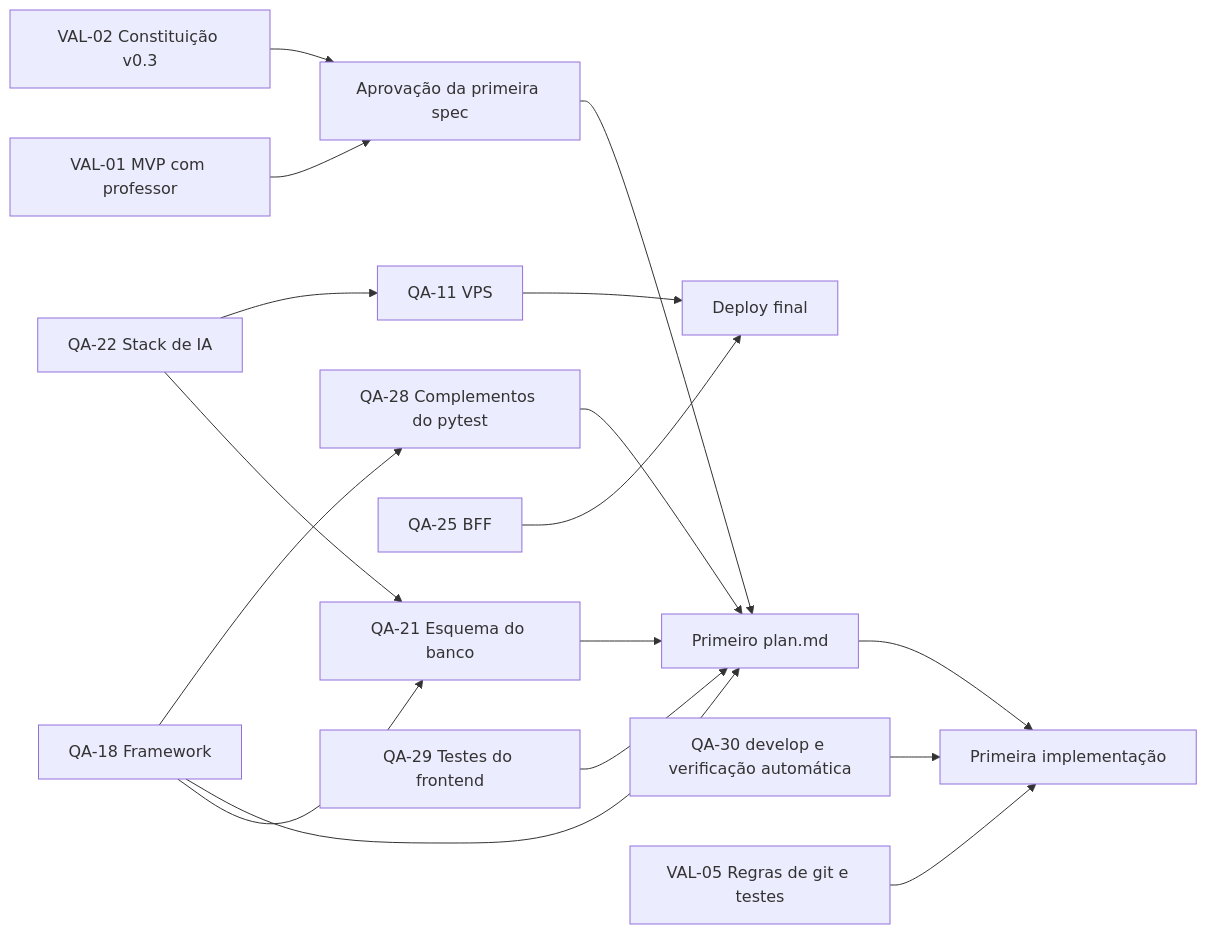
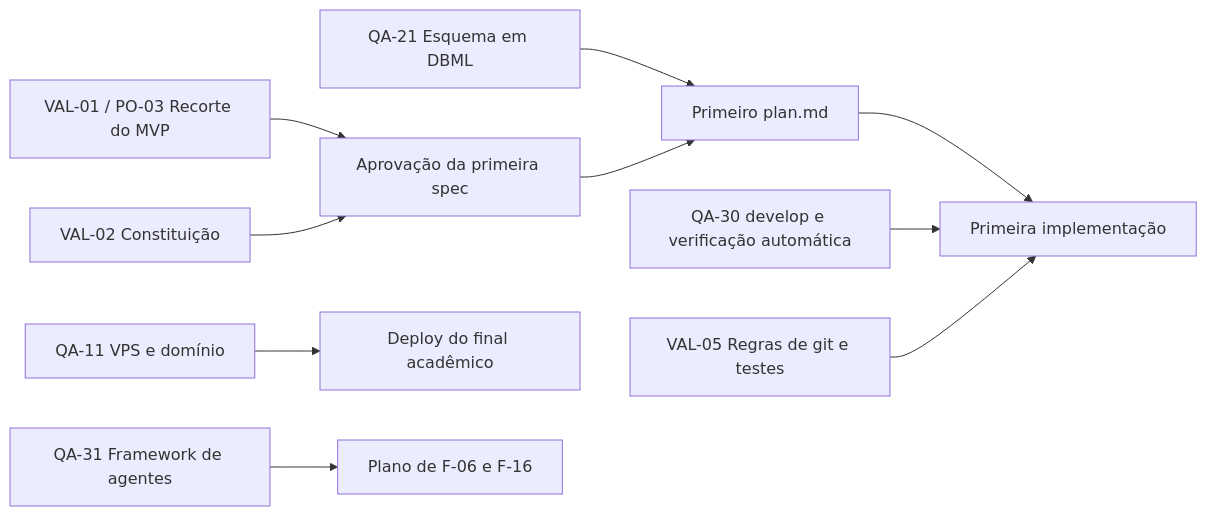
Before and after one commit to AAPW-Systems/plataforma-estudo-gamificada: the diagram in docs/produto/pendencias.md, drawn with Mermaid. The commit also changed other lines of this file and 29 other files, not shown here.

````diff
--- a/docs/produto/pendencias.md
+++ b/docs/produto/pendencias.md
@@ -44,19 +40,12 @@
 ```mermaid
 flowchart LR
-    QA22[QA-22 Stack de IA] --> QA21[QA-21 Esquema do banco]
-    QA18[QA-18 Framework] --> QA21
-    QA22 --> QA11[QA-11 VPS]
-    QA21 --> PLAN[Primeiro plan.md]
-    QA18 --> PLAN
-    VAL01[VAL-01 MVP com professor] --> SPEC[Aprovação da primeira spec]
-    VAL02[VAL-02 Constituição v0.3] --> SPEC
+    QA21[QA-21 Esquema em DBML] --> PLAN[Primeiro plan.md]
+    VAL01[VAL-01 / PO-03 Recorte do MVP] --> SPEC[Aprovação da primeira spec]
+    VAL02[VAL-02 Constituição] --> SPEC
     SPEC --> PLAN
-    QA11 --> DEPLOY[Deploy final]
-    QA25[QA-25 BFF] --> DEPLOY
-    QA18 --> QA28[QA-28 Complementos do pytest]
-    QA28 --> PLAN
-    QA29[QA-29 Testes do frontend] --> PLAN
     PLAN --> IMPL[Primeira implementação]
     QA30[QA-30 develop e verificação automática] --> IMPL
     VAL05[VAL-05 Regras de git e testes] --> IMPL
+    QA11[QA-11 VPS e domínio] --> DEPLOY[Deploy do final acadêmico]
+    QA31[QA-31 Framework de agentes] --> PLANCHAT[Plano de F-06 e F-16]
 ```
````
